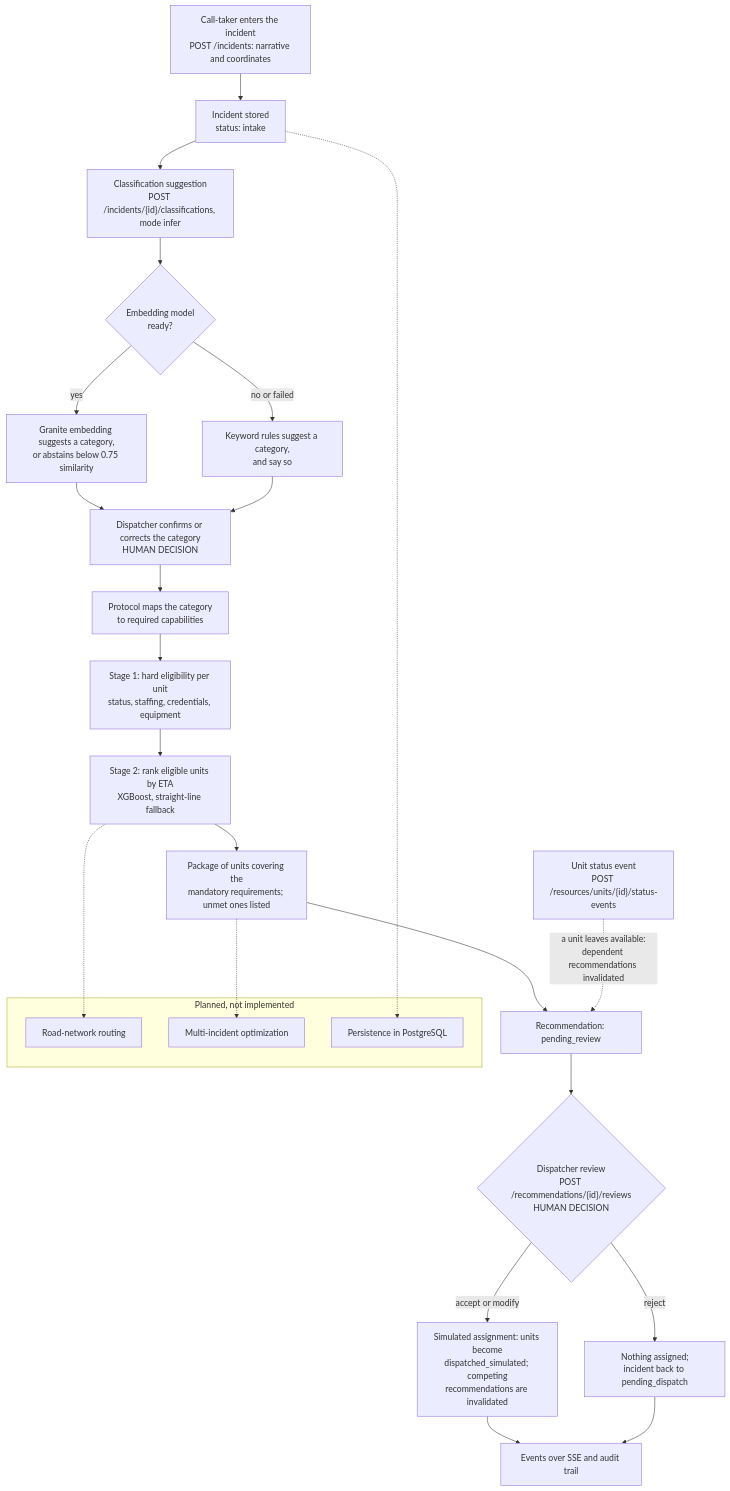
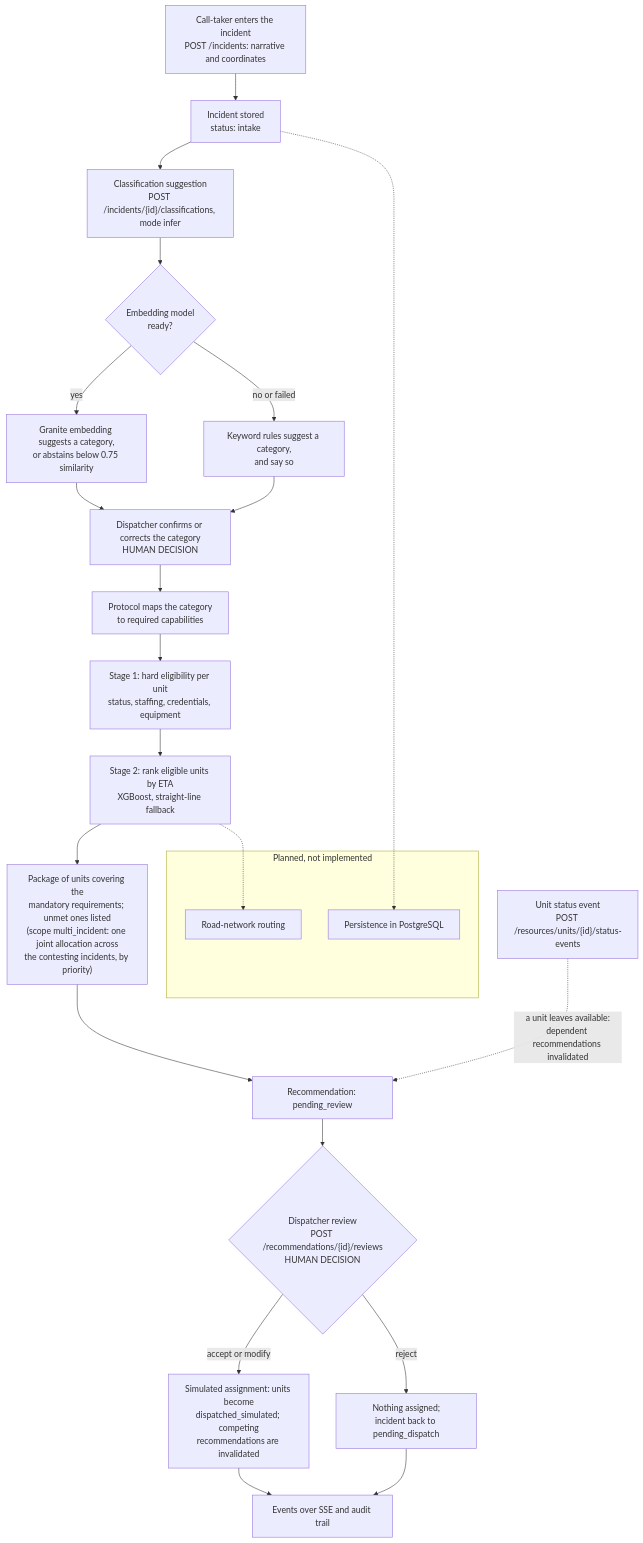
The second of 3 diagrams in docs/architecture.md (n-allen1/Huskies_IBM_Z_Datathon_2026_Project), drawn with Mermaid before and after one commit. The commit also changed other lines of this file and 13 other files, not shown here.

First line of the commit message:
Add multi-incident allocation for simultaneous incidents

````diff
--- a/docs/architecture.md
+++ b/docs/architecture.md
@@ -67,30 +68,28 @@
 ```mermaid
 flowchart TD
     A["Call-taker enters the incident<br/>POST /incidents: narrative and coordinates"] --> B["Incident stored<br/>status: intake"]
     B --> C["Classification suggestion<br/>POST /incidents/{id}/classifications, mode infer"]
     C --> D{"Embedding model<br/>ready?"}
     D -->|yes| D1["Granite embedding suggests a category,<br/>or abstains below 0.75 similarity"]
     D -->|"no or failed"| D2["Keyword rules suggest a category,<br/>and say so"]
     D1 --> E
     D2 --> E
     E["Dispatcher confirms or corrects the category<br/>HUMAN DECISION"] --> F["Protocol maps the category<br/>to required capabilities"]
     F --> G["Stage 1: hard eligibility per unit<br/>status, staffing, credentials, equipment"]
     G --> H["Stage 2: rank eligible units by ETA<br/>XGBoost, straight-line fallback"]
-    H --> I["Package of units covering the<br/>mandatory requirements; unmet ones listed"]
+    H --> I["Package of units covering the<br/>mandatory requirements; unmet ones listed<br/>(scope multi_incident: one joint allocation across<br/>the contesting incidents, by priority)"]
     I --> J["Recommendation: pending_review"]
     J --> K{"Dispatcher review<br/>POST /recommendations/{id}/reviews<br/>HUMAN DECISION"}
     K -->|"accept or modify"| L["Simulated assignment: units become<br/>dispatched_simulated; competing<br/>recommendations are invalidated"]
     K -->|reject| M["Nothing assigned;<br/>incident back to pending_dispatch"]
     L --> N["Events over SSE and audit trail"]
     M --> N
     O["Unit status event<br/>POST /resources/units/{id}/status-events"] -.->|"a unit leaves available:<br/>dependent recommendations invalidated"| J
 
     subgraph Planned["Planned, not implemented"]
         P1["Road-network routing"]
-        P2["Multi-incident optimization"]
         P3["Persistence in PostgreSQL"]
     end
     H -.-> P1
-    I -.-> P2
     B -.-> P3
 ```
````
